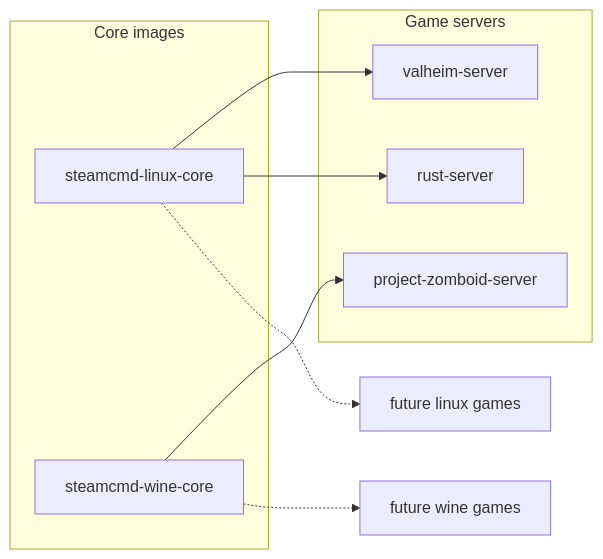
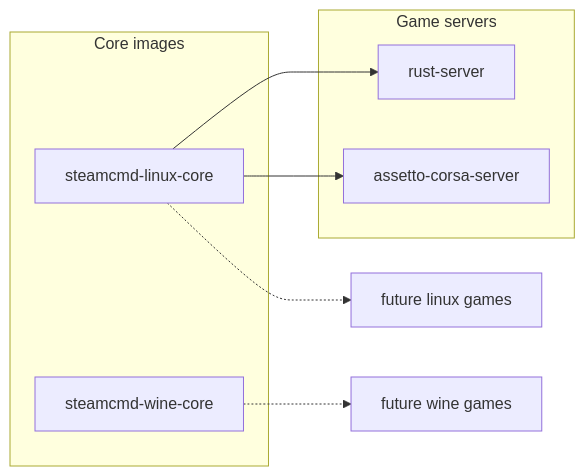
The diagram in README.md (Monolithoid/steamcmd-servers), drawn with Mermaid before and after one commit. The commit also changed other lines of this file and 7 other files, not shown here.

````diff
--- a/README.md
+++ b/README.md
@@ -25,20 +23,18 @@
 ```mermaid
 flowchart LR
     subgraph Core images
         linux_core[steamcmd-linux-core]
         wine_core[steamcmd-wine-core]
     end
 
     subgraph Game servers
-        valheim[valheim-server]
-        pz[project-zomboid-server]
         rust[rust-server]
+        assetto[assetto-corsa-server]
     end
 
-    linux_core --> valheim
     linux_core --> rust
-    wine_core --> pz
+    linux_core --> assetto
 
     linux_core .-> future_linux[future linux games]
     wine_core .-> future_wine[future wine games]
 ```
````
